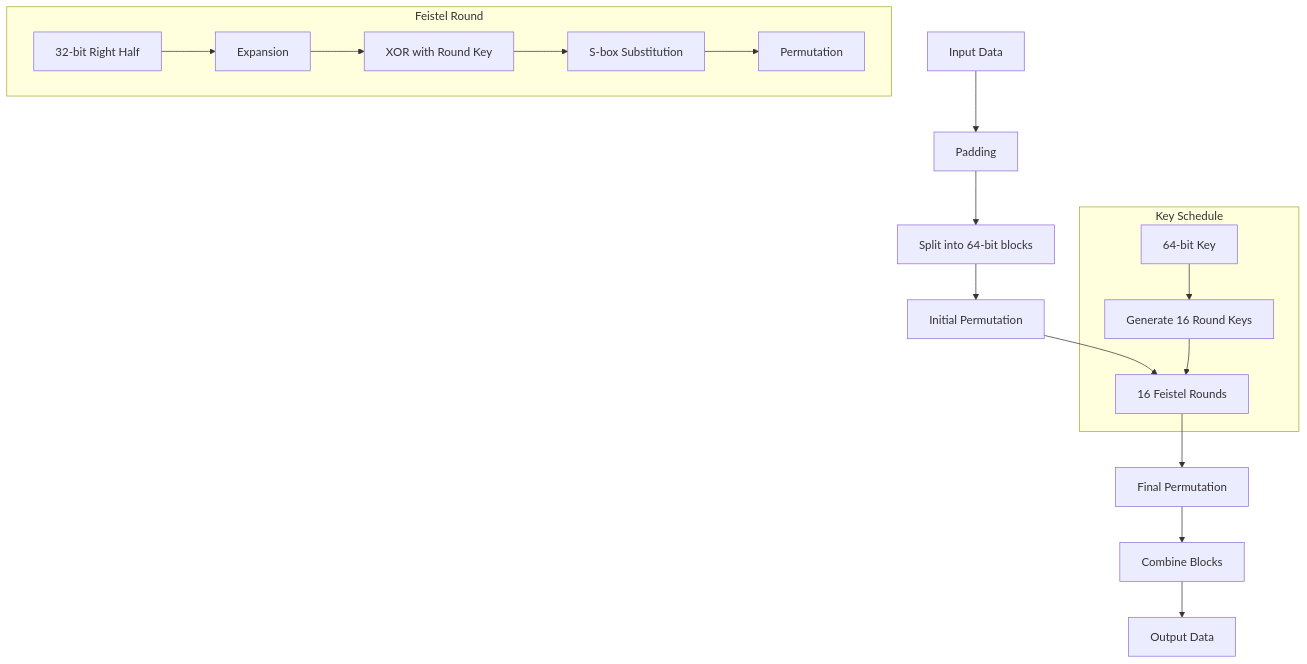
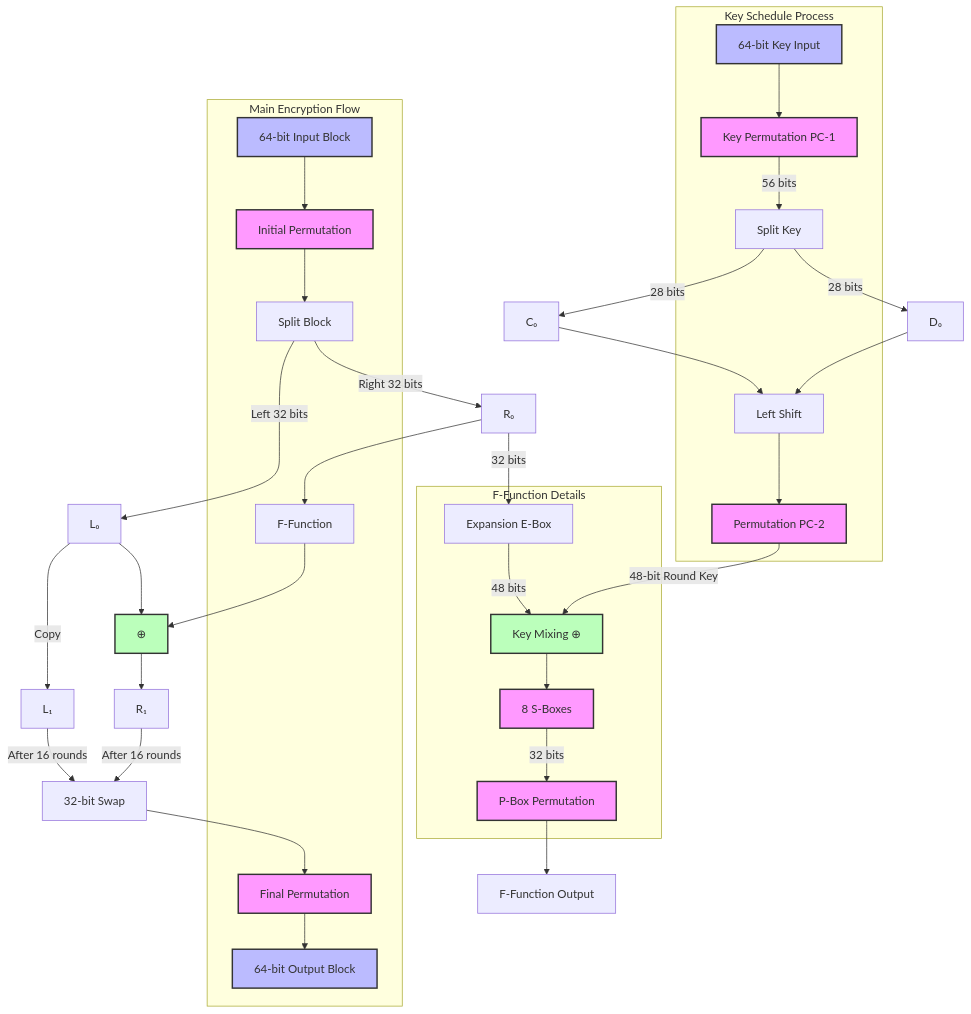
The diagram in README.md (azmine-1/DES), drawn with Mermaid before and after one commit.

Commit message:
Prettier DES flowchar

````diff
--- a/README.md
+++ b/README.md
@@ -36,22 +36,74 @@
 ```mermaid
 graph TD
-    A[Input Data] --> B[Padding]
-    B --> C[Split into 64-bit blocks]
-    C --> D[Initial Permutation]
-    D --> E[16 Feistel Rounds]
-    E --> F[Final Permutation]
-    F --> G[Combine Blocks]
-    G --> H[Output Data]
-
-    subgraph "Key Schedule"
-        K[64-bit Key] --> L[Generate 16 Round Keys]
-        L --> E
+    %% Main Data Flow
+    Input[64-bit Input Block] --> InitPerm[Initial Permutation]
+    InitPerm --> Split[Split Block]
+    Split --> |Left 32 bits| L0[L₀]
+    Split --> |Right 32 bits| R0[R₀]
+    
+    %% Round Structure
+    L0 --> |Copy| L1[L₁]
+    R0 --> FFunc[F-Function]
+    FFunc --> XOR1[⊕]
+    L0 --> XOR1
+    XOR1 --> R1[R₁]
+    
+    %% Expansion Details
+    R0 --> |32 bits| Expand[Expansion E-Box]
+    Expand --> |48 bits| KeyMix[Key Mixing ⊕]
+    
+    %% S-Box Process
+    KeyMix --> SBoxes[8 S-Boxes]
+    SBoxes --> |32 bits| Perm[P-Box Permutation]
+    Perm --> FOut[F-Function Output]
+    
+    %% Key Schedule
+    Key[64-bit Key Input] --> KeyPerm[Key Permutation PC-1]
+    KeyPerm --> |56 bits| Split2[Split Key]
+    Split2 --> |28 bits| C0[C₀]
+    Split2 --> |28 bits| D0[D₀]
+    C0 --> Shift[Left Shift]
+    D0 --> Shift
+    Shift --> PC2[Permutation PC-2]
+    PC2 --> |48-bit Round Key| KeyMix
+    
+    %% Final Steps
+    R1 --> |After 16 rounds| Swap[32-bit Swap]
+    L1 --> |After 16 rounds| Swap
+    Swap --> FinalPerm[Final Permutation]
+    FinalPerm --> Output[64-bit Output Block]
+    
+    %% Styling
+    classDef process fill:#f9f,stroke:#333,stroke-width:2px
+    classDef data fill:#bbf,stroke:#333,stroke-width:2px
+    classDef key fill:#bfb,stroke:#333,stroke-width:2px
+    
+    class Input,Output,Key data
+    class InitPerm,FinalPerm,SBoxes,Perm,KeyPerm,PC2 process
+    class KeyMix,XOR1 key
+    
+    %% Notes
+    subgraph "Key Schedule Process"
+        Key
+        KeyPerm
+        Split2
+        Shift
+        PC2
     end
-
-    subgraph "Feistel Round"
-        M[32-bit Right Half] --> N[Expansion]
-        N --> O[XOR with Round Key]
-        O --> P[S-box Substitution]
-        P --> Q[Permutation]
+    
+    subgraph "Main Encryption Flow"
+        Input
+        InitPerm
+        Split
+        FFunc
+        FinalPerm
+        Output
+    end
+    
+    subgraph "F-Function Details"
+        Expand
+        KeyMix
+        SBoxes
+        Perm
     end
 ```
````
